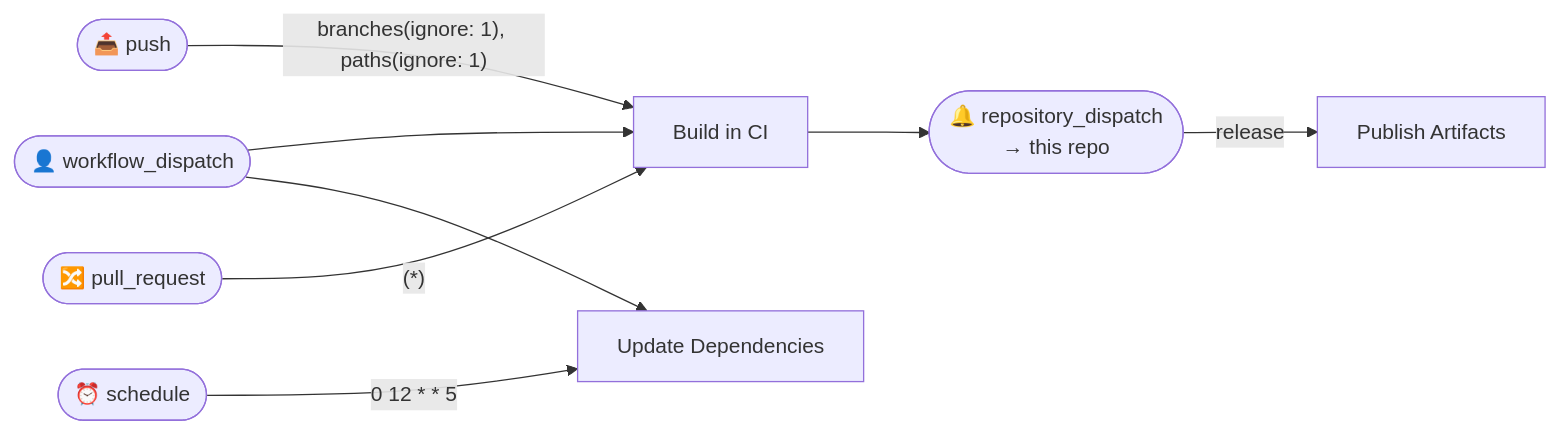
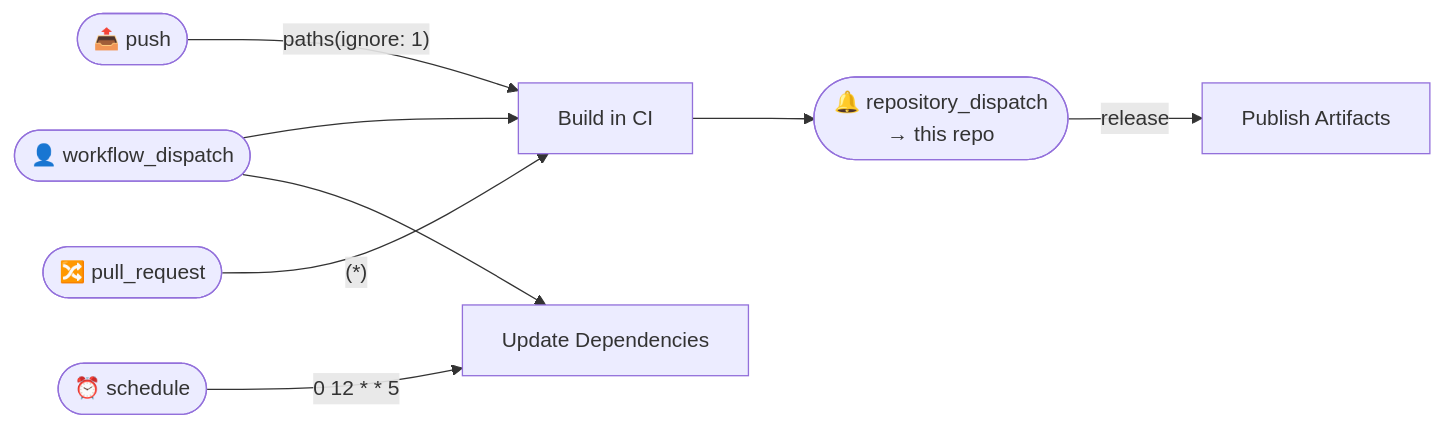
One commit to http4k/standards changed the diagram in .github/typeflows/README.md. Above: the diagram before and after it, drawn with Mermaid. The commit also changed 3 other files, not shown here.

````diff
--- a/.github/typeflows/README.md
+++ b/.github/typeflows/README.md
@@ -3,18 +3,18 @@
 ```mermaid
 flowchart LR
     workflowdispatch(["👤 workflow_dispatch"])
     push(["📤 push"])
     pullrequest(["🔀 pull_request"])
     schedule(["⏰ schedule"])
     repositorydispatchgithubrepository(["🔔 repository_dispatch<br/>→ this repo"])
     buildyml["Build in CI"]
     uploadreleaseyml["Publish Artifacts"]
     updatedependenciesyml["Update Dependencies"]
     workflowdispatch --> buildyml
     workflowdispatch --> updatedependenciesyml
-    push -->|"branches(ignore: 1), paths(ignore: 1)"|buildyml
+    push -->|"paths(ignore: 1)"|buildyml
     pullrequest -->|"(*)"|buildyml
     schedule -->|"0 12 * * 5"|updatedependenciesyml
     buildyml --> repositorydispatchgithubrepository
     repositorydispatchgithubrepository -->|"release"|uploadreleaseyml
 ```
````
